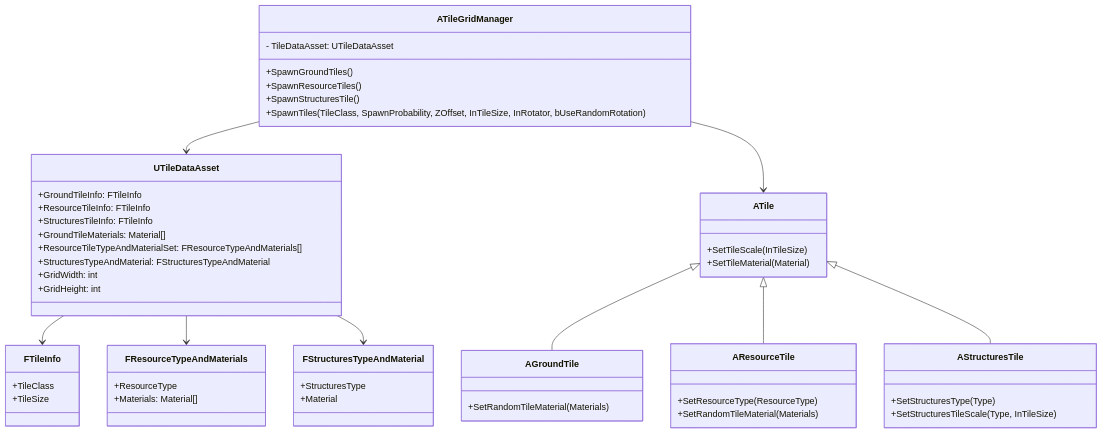
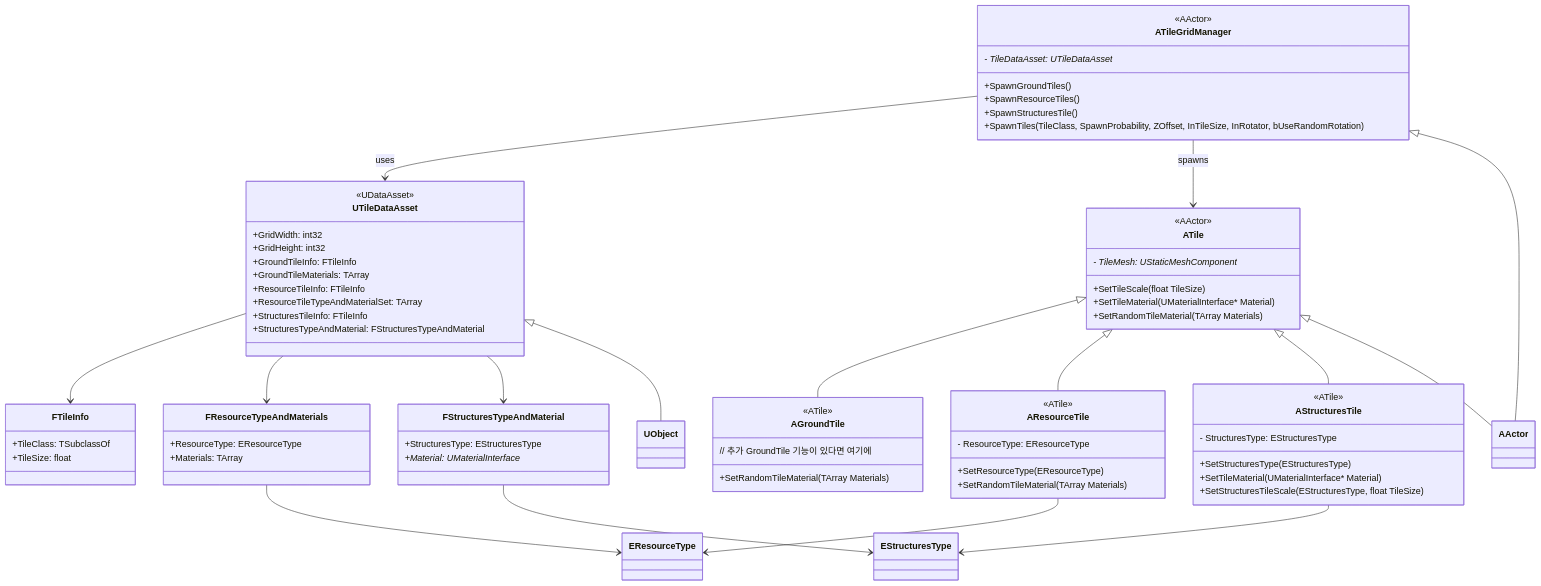
Before and after one commit to WJMcode/MBFactorio: the second of 4 diagrams in README.md, drawn with Mermaid.

````diff
--- a/README.md
+++ b/README.md
@@ -41,68 +41,98 @@
 ```mermaid
 classDiagram
-    %% 타일 베이스 클래스
+    %% --- Tile Base Class ---
     class ATile {
-        +SetTileScale(InTileSize)
-        +SetTileMaterial(Material)
+        +SetTileScale(float TileSize)
+        +SetTileMaterial(UMaterialInterface* Material)
+        +SetRandomTileMaterial(TArray<UMaterialInterface*> Materials)
+        - TileMesh: UStaticMeshComponent*
+        <<AActor>>
     }
 
-    %% 각 타일 타입
+    %% --- Tile Type: Ground Tile ---
     class AGroundTile {
-        +SetRandomTileMaterial(Materials)
+        <<ATile>>
+        +SetRandomTileMaterial(TArray<UMaterialInterface*> Materials)
+        // 추가 GroundTile 기능이 있다면 여기에
     }
+    ATile <|-- AGroundTile
+
+    %% --- Tile Type: Resource Tile ---
     class AResourceTile {
-        +SetResourceType(ResourceType)
-        +SetRandomTileMaterial(Materials)
+        <<ATile>>
+        +SetResourceType(EResourceType)
+        +SetRandomTileMaterial(TArray<UMaterialInterface*> Materials)
+        - ResourceType: EResourceType
     }
+    ATile <|-- AResourceTile
+
+    %% --- Tile Type: Structures Tile ---
     class AStructuresTile {
-        +SetStructuresType(Type)
-        +SetStructuresTileScale(Type, InTileSize)
+        <<ATile>>
+        +SetStructuresType(EStructuresType)
+        +SetTileMaterial(UMaterialInterface* Material)
+        +SetStructuresTileScale(EStructuresType, float TileSize)
+        - StructuresType: EStructuresType
+    }
+    ATile <|-- AStructuresTile
+
+    %% --- Tile Data Asset ---
+    class UTileDataAsset {
+        +GridWidth: int32
+        +GridHeight: int32
+        +GroundTileInfo: FTileInfo
+        +GroundTileMaterials: TArray<UMaterialInterface*>
+        +ResourceTileInfo: FTileInfo
+        +ResourceTileTypeAndMaterialSet: TArray<FResourceTypeAndMaterials>
+        +StructuresTileInfo: FTileInfo
+        +StructuresTypeAndMaterial: FStructuresTypeAndMaterial
+        <<UDataAsset>>
     }
 
-    ATile <|-- AGroundTile
-    ATile <|-- AResourceTile
-    ATile <|-- AStructuresTile
-
-    %% 타일 데이터 에셋
-    class UTileDataAsset {
-        +GroundTileInfo: FTileInfo
-        +ResourceTileInfo: FTileInfo
-        +StructuresTileInfo: FTileInfo
-        +GroundTileMaterials: Material[]
-        +ResourceTileTypeAndMaterialSet: FResourceTypeAndMaterials[]
-        +StructuresTypeAndMaterial: FStructuresTypeAndMaterial
-        +GridWidth: int
-        +GridHeight: int
+    %% --- Tile Info Structs ---
+    class FTileInfo {
+        +TileClass: TSubclassOf<ATile>
+        +TileSize: float
+    }
+    class FResourceTypeAndMaterials {
+        +ResourceType: EResourceType
+        +Materials: TArray<UMaterialInterface*>
+    }
+    class FStructuresTypeAndMaterial {
+        +StructuresType: EStructuresType
+        +Material: UMaterialInterface*
     }
 
-    %% TileGridManager
+    %% --- Enum Types (just as references, not classes) ---
+    class EResourceType
+    class EStructuresType
+
+    %% --- TileGridManager ---
     class ATileGridManager {
-        - TileDataAsset: UTileDataAsset
+        - TileDataAsset: UTileDataAsset*
         +SpawnGroundTiles()
         +SpawnResourceTiles()
         +SpawnStructuresTile()
         +SpawnTiles(TileClass, SpawnProbability, ZOffset, InTileSize, InRotator, bUseRandomRotation)
+        <<AActor>>
     }
-    ATileGridManager --> UTileDataAsset
-    ATileGridManager --> ATile
+    ATileGridManager --> UTileDataAsset : uses
+    ATileGridManager --> ATile : spawns
 
-    %% 타일 정보 구조체
-    class FTileInfo {
-        +TileClass
-        +TileSize
-    }
-    class FResourceTypeAndMaterials {
-        +ResourceType
-        +Materials: Material[]
-    }
-    class FStructuresTypeAndMaterial {
-        +StructuresType
-        +Material
-    }
-
+    %% --- Data Asset uses Info Structs ---
     UTileDataAsset --> FTileInfo
     UTileDataAsset --> FResourceTypeAndMaterials
     UTileDataAsset --> FStructuresTypeAndMaterial
 
+    %% --- Tile Types Enum Usage (for reference only) ---
+    AResourceTile --> EResourceType
+    AStructuresTile --> EStructuresType
+    FResourceTypeAndMaterials --> EResourceType
+    FStructuresTypeAndMaterial --> EStructuresType
+
+    %% --- Inheritance (for clarity) ---
+    UTileDataAsset <|-- UObject
+    ATile <|-- AActor
+    ATileGridManager <|-- AActor
 
 ```
````
